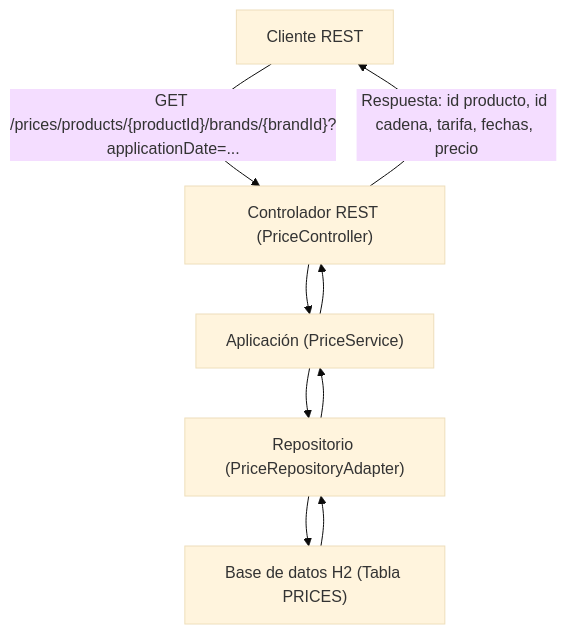
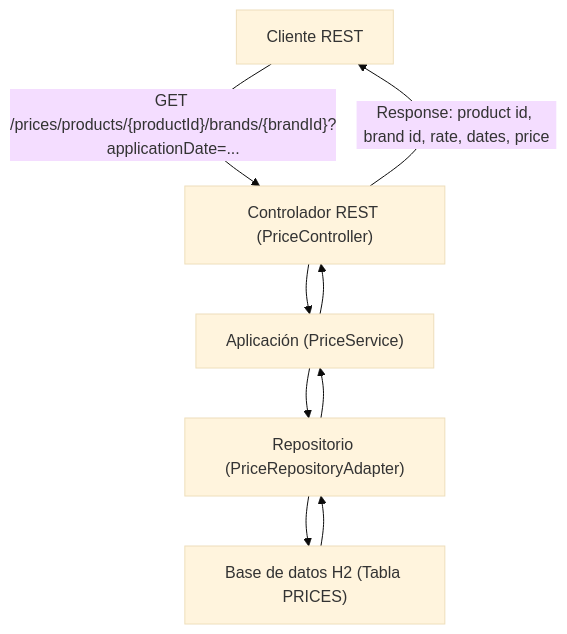
One commit to martus13/pricing-service changed the diagram in README.md. Above: the diagram before and after it, drawn with Mermaid (base theme). The commit also changed 15 other files, not shown here.

````diff
--- a/README.md
+++ b/README.md
@@ -15,11 +15,11 @@
 ```mermaid
 flowchart TD
     A[Cliente REST] -->|"GET /prices/products/{productId}/brands/{brandId}?applicationDate=..."| B["Controlador REST (PriceController)"]
     B --> C["Aplicación (PriceService)"]
     C --> D["Repositorio (PriceRepositoryAdapter)"]
     D --> E["Base de datos H2 (Tabla PRICES)"]
     E --> D
     D --> C
     C --> B
-    B -->|Respuesta: id producto, id cadena, tarifa, fechas, precio| A
+    B -->|Response: product id, brand id, rate, dates, price| A
 ```
````
